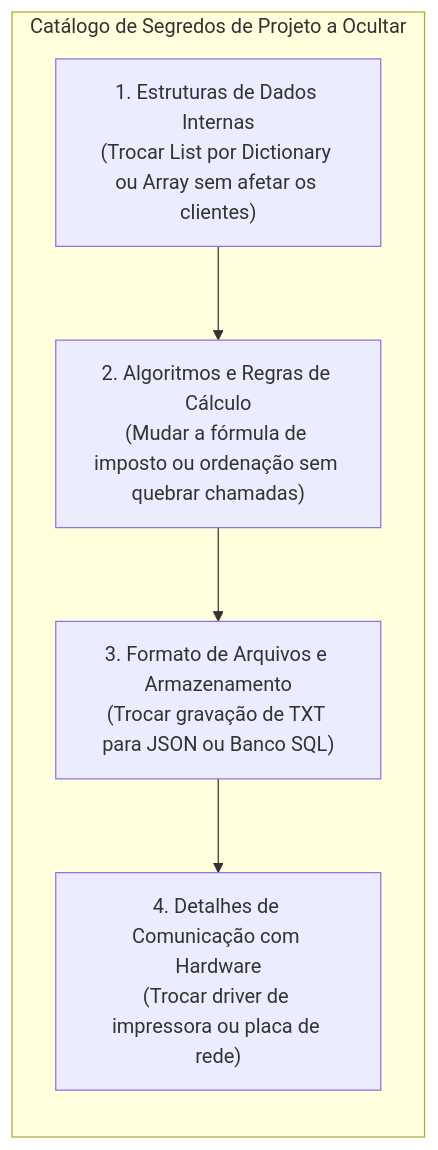
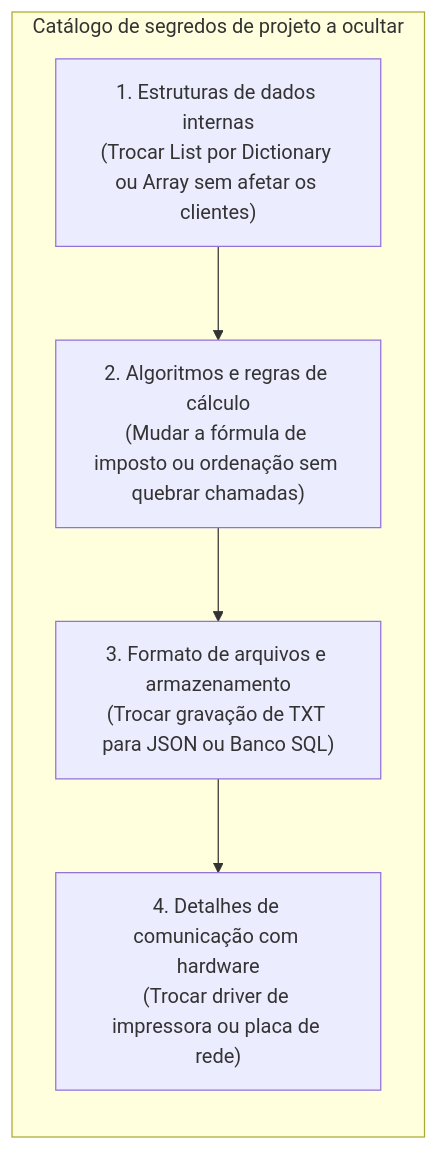
The third of 4 diagrams in 01. Programacao Modular/11. Princípio da ocultação da informação (information hiding e encapsulamento).md (leorruas/puc), drawn with Mermaid before and after one commit. The commit also changed other lines of this file, not shown here.

Commit message:
fix(pm): varredura e saneamento exaustivo de sentence case em 100% do artigo 11 (rotulos, diagramas mermaid, tabelas e comentarios de codigo)

````diff
--- a/01. Programacao Modular/11. Princípio da ocultação da informação (information hiding e encapsulamento).md
+++ b/01. Programacao Modular/11. Princípio da ocultação da informação (information hiding e encapsulamento).md
@@ -126,14 +126,14 @@
 ```mermaid
 flowchart TD
-    subgraph SegredosParnas ["Catálogo de Segredos de Projeto a Ocultar"]
+    subgraph SegredosParnas ["Catálogo de segredos de projeto a ocultar"]
         direction TB
-        S1["1. Estruturas de Dados Internas<br>(Trocar List por Dictionary ou Array sem afetar os clientes)"]
-        S2["2. Algoritmos e Regras de Cálculo<br>(Mudar a fórmula de imposto ou ordenação sem quebrar chamadas)"]
-        S3["3. Formato de Arquivos e Armazenamento<br>(Trocar gravação de TXT para JSON ou Banco SQL)"]
-        S4["4. Detalhes de Comunicação com Hardware<br>(Trocar driver de impressora ou placa de rede)"]
+        S1["1. Estruturas de dados internas<br>(Trocar List por Dictionary ou Array sem afetar os clientes)"]
+        S2["2. Algoritmos e regras de cálculo<br>(Mudar a fórmula de imposto ou ordenação sem quebrar chamadas)"]
+        S3["3. Formato de arquivos e armazenamento<br>(Trocar gravação de TXT para JSON ou Banco SQL)"]
+        S4["4. Detalhes de comunicação com hardware<br>(Trocar driver de impressora ou placa de rede)"]
 
         S1 --> S2
         S2 --> S3
         S3 --> S4
     end
 ```
````
